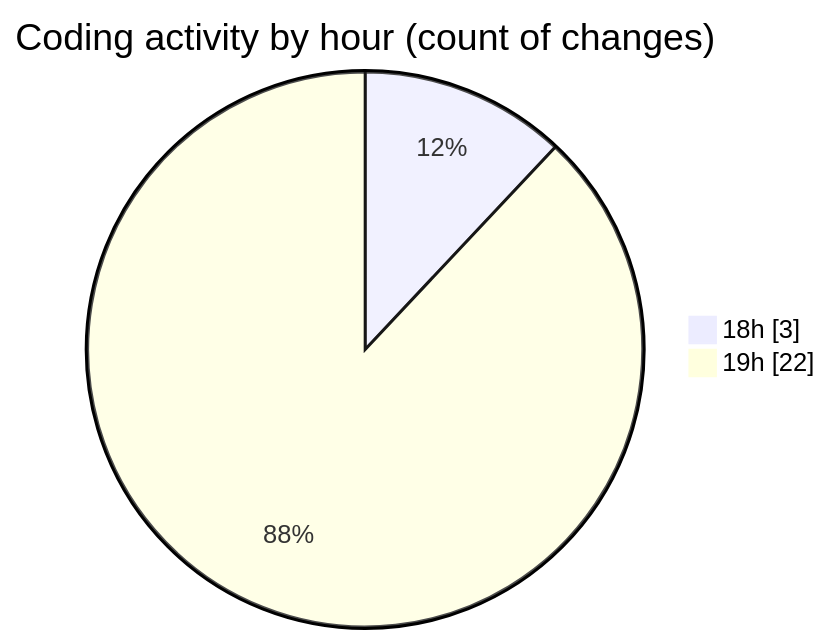
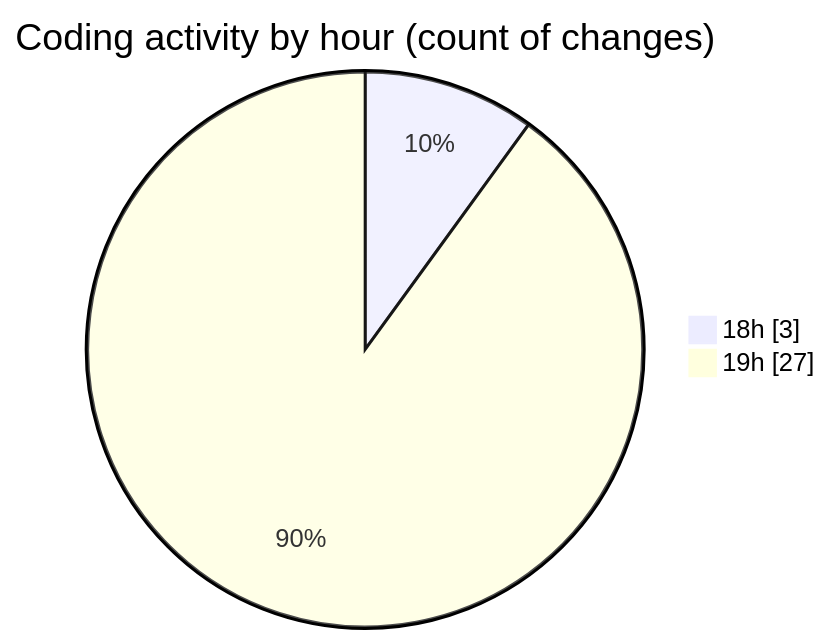
The second of 2 diagrams in 2025-04-24/back-end/README.md (Netris89/code-tracking), drawn with Mermaid before and after one commit. The commit also changed other lines of this file and 1 other file, not shown here.

````diff
--- a/2025-04-24/back-end/README.md
+++ b/2025-04-24/back-end/README.md
@@ -29,6 +29,6 @@
 ```mermaid
 pie showData
 title Coding activity by hour (count of changes)
 "18h" : 3
-"19h" : 22
+"19h" : 27
 ```
````
